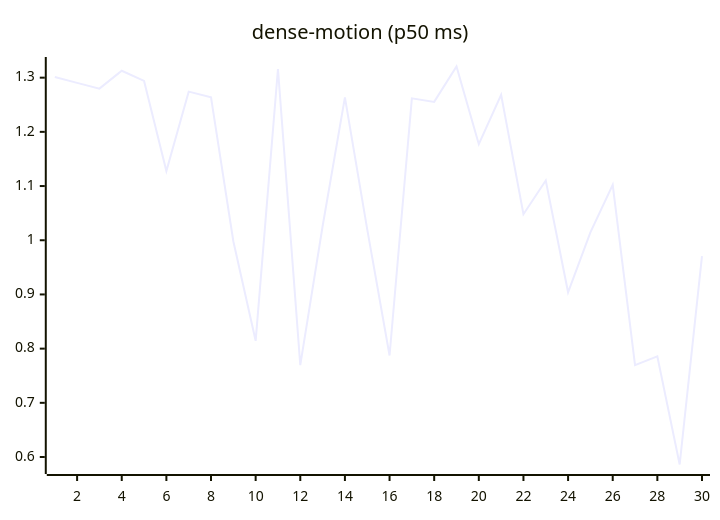
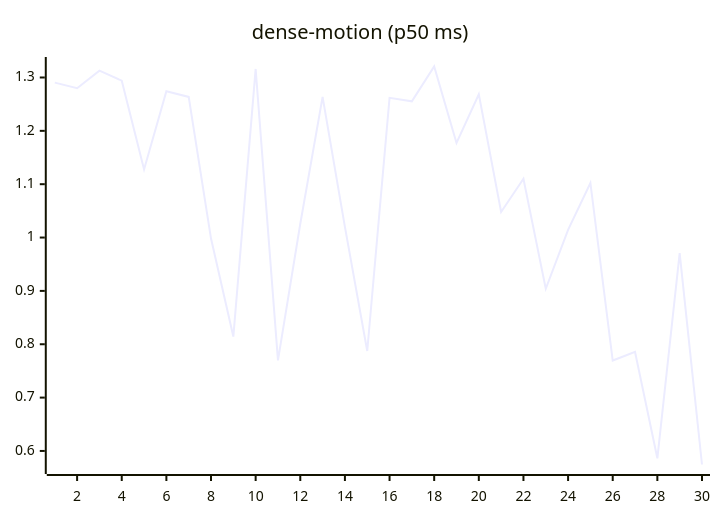
One commit to josha/Facet changed the ninth of 27 diagrams in README.md. Above: the diagram before and after it, drawn with Mermaid. The commit also changed other lines of this file and 2 other files, not shown here.

````diff
--- a/README.md
+++ b/README.md
@@ -119,6 +119,6 @@
 ```mermaid
 xychart-beta
     title "dense-motion (p50 ms)"
     x-axis 1 --> 30
-    line [1.3012, 1.2904, 1.2798, 1.3128, 1.2940, 1.1276, 1.2742, 1.2636, 0.9981, 0.8144, 1.3160, 0.7697, 1.0258, 1.2636, 1.0200, 0.7874, 1.2619, 1.2553, 1.3206, 1.1772, 1.2685, 1.0480, 1.1102, 0.9040, 1.0144, 1.1023, 0.7695, 0.7856, 0.5862, 0.9706]
+    line [1.2904, 1.2798, 1.3128, 1.2940, 1.1276, 1.2742, 1.2636, 0.9981, 0.8144, 1.3160, 0.7697, 1.0258, 1.2636, 1.0200, 0.7874, 1.2619, 1.2553, 1.3206, 1.1772, 1.2685, 1.0480, 1.1102, 0.9040, 1.0144, 1.1023, 0.7695, 0.7856, 0.5862, 0.9706, 0.5746]
 ```
````
